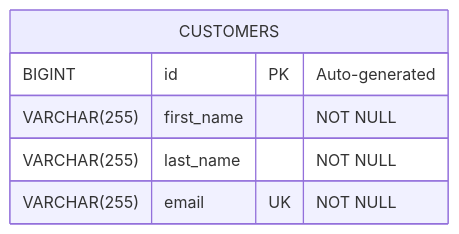
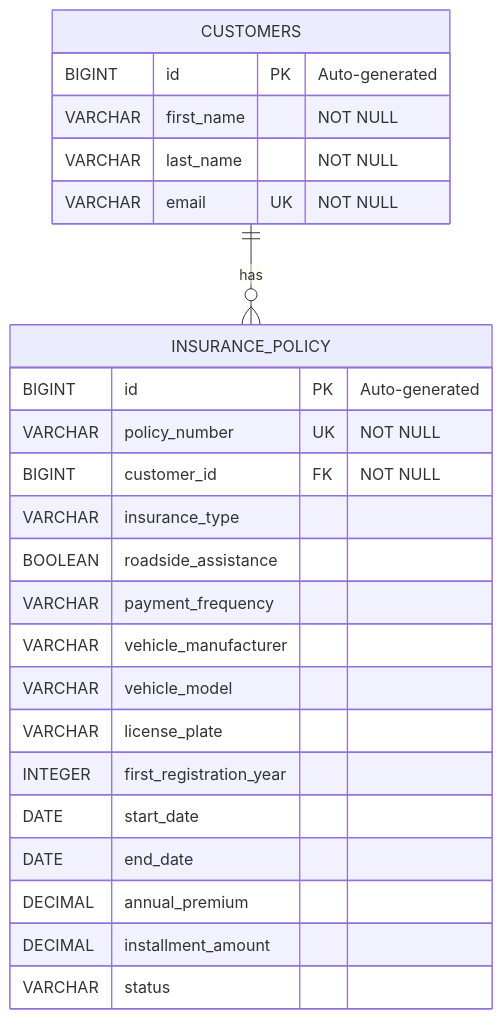
One commit to Huse1n/HIMS changed the diagram in docs/ER-Diagram.md. Above: the diagram before and after it, drawn with Mermaid. The commit also changed other lines of this file, not shown here.

````diff
--- a/docs/ER-Diagram.md
+++ b/docs/ER-Diagram.md
@@ -7,9 +14,29 @@
 ```mermaid
 erDiagram
+    CUSTOMERS ||--o{ INSURANCE_POLICY : has
+
     CUSTOMERS {
         BIGINT id PK "Auto-generated"
-        VARCHAR(255) first_name "NOT NULL"
-        VARCHAR(255) last_name "NOT NULL"
-        VARCHAR(255) email UK "NOT NULL"
+        VARCHAR first_name "NOT NULL"
+        VARCHAR last_name "NOT NULL"
+        VARCHAR email UK "NOT NULL"
+    }
+
+    INSURANCE_POLICY {
+        BIGINT id PK "Auto-generated"
+        VARCHAR policy_number UK "NOT NULL"
+        BIGINT customer_id FK "NOT NULL"
+        VARCHAR insurance_type
+        BOOLEAN roadside_assistance
+        VARCHAR payment_frequency
+        VARCHAR vehicle_manufacturer
+        VARCHAR vehicle_model
+        VARCHAR license_plate
+        INTEGER first_registration_year
+        DATE start_date
+        DATE end_date
+        DECIMAL annual_premium
+        DECIMAL installment_amount
+        VARCHAR status
     }
 ```
````
